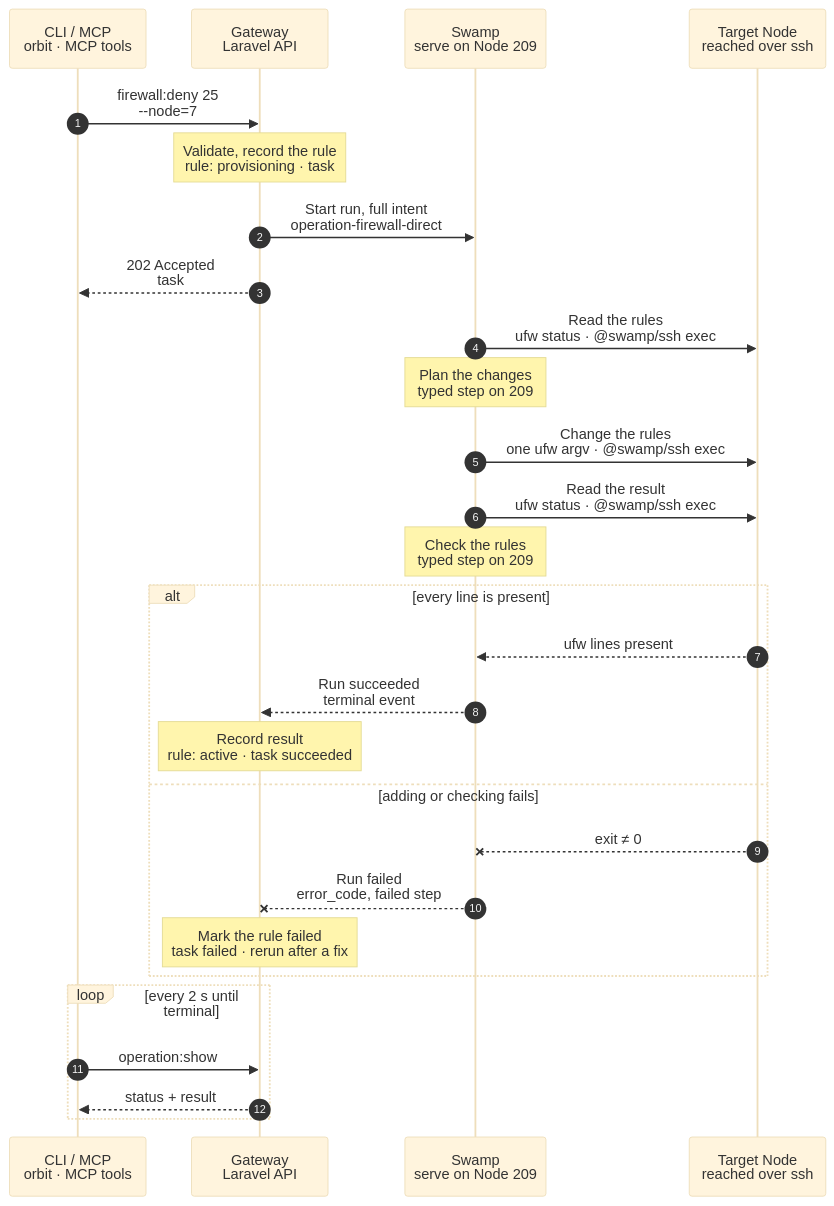
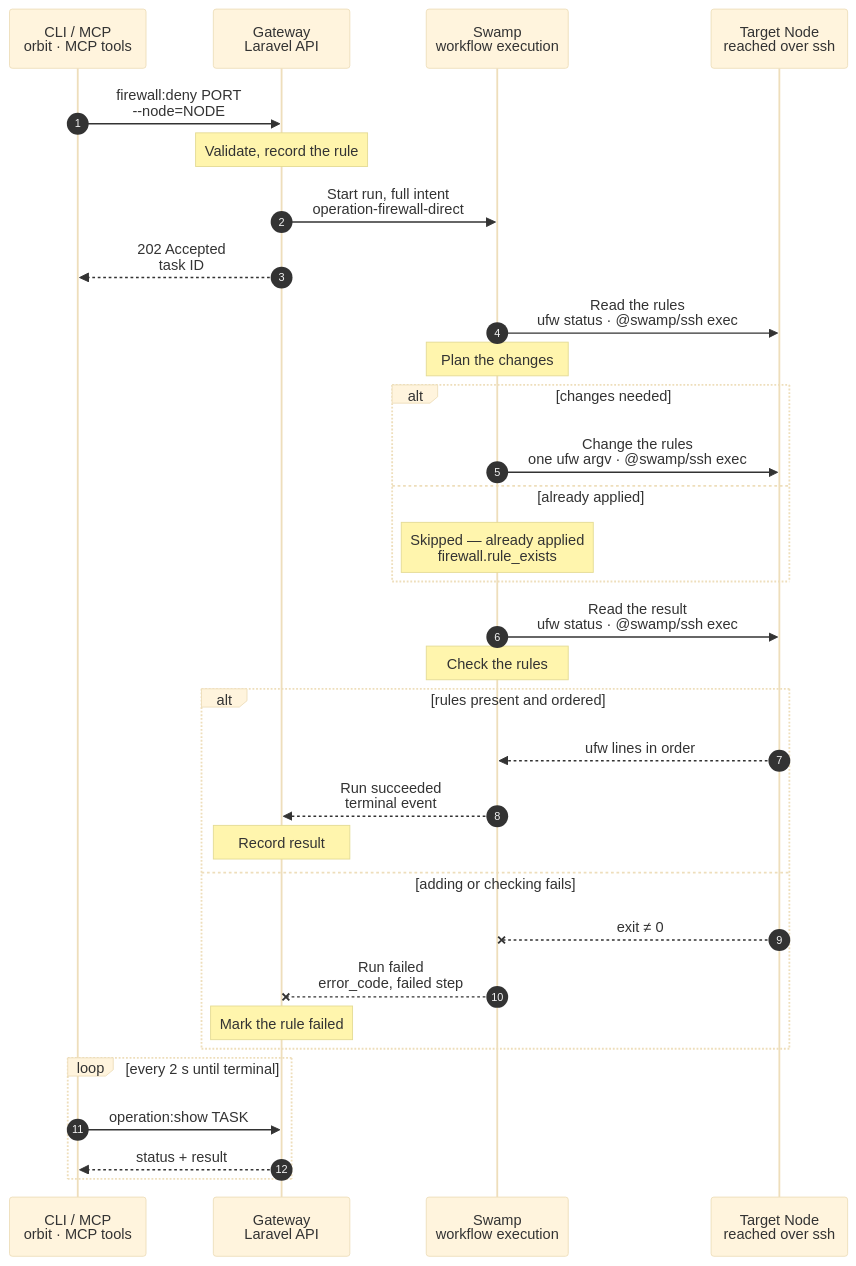
Before and after one commit to hardimpactdev/orbit: the diagram in docs/cli/firewall/deny.mmd, drawn with Mermaid (base theme). The commit also changed 3 other files, not shown here.

First line of the commit message:
docs(firewall): firewall:deny is ready (chart, page, cases)

```diff
--- a/docs/cli/firewall/deny.mmd
+++ b/docs/cli/firewall/deny.mmd
@@ -1,117 +1,126 @@
 sequenceDiagram
   %% Target design: ADR 0244 task, ADR 0241 allowlists, DECISIONS R1-R4 + 5 (process.stop shape, shared SSH identity).
   %% Tightened: flow-tighten 2026-11-03, rule 22 (no script: one ufw argv per change over @swamp/ssh exec; a typed step plans positions, Lab #4334).
   %% status: reviewed
   %% command: firewall:deny
   %% kind: firewall.deny
   autonumber
   %% lane CLI icon=terminal pill=caller tone=gray
   %% lane GW icon=gateway pill=intent tone=blue
   %% lane SW icon=workflow pill=executes tone=green
   %% lane N icon=server pill=target tone=amber
   participant CLI as CLI / MCP<br/>orbit · MCP tools
   participant GW as Gateway<br/>Laravel API
-  participant SW as Swamp<br/>serve on Node 209
+  participant SW as Swamp<br/>workflow execution
   participant N as Target Node<br/>reached over ssh
-  CLI->>GW: firewall:deny 25<br/>--node=7
+  CLI->>GW: firewall:deny PORT<br/>--node=NODE
   %%> Command:
-  %%> - `orbit firewall:deny 25 --node=7`
+  %%> - `orbit firewall:deny PORT --node=NODE`
   %%> - syntax: `<port> --node=ID [--from=SOURCE] [--protocol=tcp|udp] [--label=TEXT]`
   %%> Input:
-  %%> - the port as the argument: a number such as `25`, or a range such as `8000:8100`
+  %%> - the destination port or port range
   %%> - the Node, and optionally the source address and the protocol
-  %%> - optionally a label or short description, for example `smtp`
+  %%> - optionally a label or short description
   %%> Not accepted:
   %%> - service names such as `smtp` as the port
   %%> Who can call it:
   %%> - the `orbit` CLI and the MCP tool send the same request
-  Note over GW: Validate, record the rule<br/>rule: provisioning · task #5132
+  Note over GW: Validate, record the rule
   %%> Requirements:
-  %%> - your Node has an access grant to Node 7
-  %%> - Node 7 is an active Linux Node
+  %%> - the calling Node has an access grant to the target Node
+  %%> - the target is an active Linux Node
   %%> - the port and source are valid
-  %%> - Node 7 has no rule yet for the same port, protocol and source
+  %%> - the port or range includes no protected port: SSH 22, the recovery SSH port, the WireGuard port or a port one of the target's roles needs (`firewall.protected_port`), so a deny can never cut the Node off
   %%> - no opposite rule for the same port, protocol and source; an allow and a deny for exactly the same scope is refused (`firewall.rule_conflict`)
+  %%> - no other firewall change runs on the target; the Gateway holds one lock per Node
   %%> Allowed:
-  %%> - overlapping rules with a different scope, for example deny `5432` from anywhere plus allow `5432` from one IP
-  %%> - the port is not protected: SSH (22 and the recovery port), the WireGuard port, and the ports Orbit's own roles need can't be denied, so you can't cut a Node off
-  %%> - no allow rule on Node 7 uses the same port, protocol and source
-  %%> - no other firewall change runs on Node 7; the Gateway holds one lock per Node
+  %%> - repeat an active or failed deny rule: reuse its record and check the Node in a new task
+  %%> - overlapping rules with a different scope, such as a broad allow with a deny for one source
   %%> Result:
-  %%> - the rule for port 25 recorded with status provisioning
-  %%> - task #5132 recorded with the full intent
+  %%> - the new or reused rule is recorded with status provisioning
+  %%> - a task is recorded with the full intent
   %%> - nothing has happened on the Node yet
   GW->>SW: Start run, full intent<br/>operation-firewall-direct
   %%> What it does:
-  %%> - starts one Swamp run on serve (Node 209)
+  %%> - starts one Swamp run
   %%> Inputs:
   %%> - the rule as exact ufw lines: port, protocol, source, direction
-  %%> - Node 7's address and SSH host keys; the SSH identity comes from the `swamp` role
-  GW-->>CLI: 202 Accepted<br/>task #5132
+  %%> - the target's address and SSH host keys; the SSH identity comes from the `swamp` role
+  GW-->>CLI: 202 Accepted<br/>task ID
   %%> What you get:
-  %%> - the task number, at once
+  %%> - the task ID, at once
   %%> Next:
   %%> - the CLI follows the task with `operation:show`
   SW->>N: Read the rules<br/>ufw status · @swamp/ssh exec
   %%> How:
-  %%> - Swamp reaches Node 7 over SSH from 209 with the official `@swamp/ssh` behavior
+  %%> - a Swamp worker reaches the target over SSH with the official `@swamp/ssh` behavior
   %%> - refuses an inactive firewall (`firewall.backend_inactive`) before any change
-  Note over SW: Plan the changes<br/>typed step on 209
+  Note over SW: Plan the changes
   %%> What it does:
   %%> - turns ufw's numbered rows into the ufw commands this rule needs, in order
   %%> - an insert position counts the rows as they will be after the earlier commands
+  %%> - plans no changes when every expected line already exists in the correct position
   %%> Order:
   %%> - narrower rules go above broader ones, allow or deny, so an exception such as one IP wins over a rule for anywhere
   %%> - ufw stops at the first match, so Orbit sets this order on every change
   %%> - all operator rules sit above Orbit's own broad rules, such as WireGuard peer trust, so a deny on a port also applies to WireGuard peers
   %%> Why typed, not cfgmgmt:
   %%> - `@swamp/cfgmgmt/firewall` cannot insert at a position (Lab #4334) or name a port range
-  SW->>N: Change the rules<br/>one ufw argv · @swamp/ssh exec
-  %%> What it does:
-  %%> - adds one ufw deny line per port, protocol and family, commented with its label
-  %%> - inserts each line at the position the plan names; an existing identical, well-placed line is left as it is
-  %%> - moves a line that sits in the wrong place: deletes it, then inserts it again
-  %%> - runs the planned commands one at a time; nothing is copied to the Node
+  alt changes needed
+    SW->>N: Change the rules<br/>one ufw argv · @swamp/ssh exec
+    %%> What it does:
+    %%> - adds one ufw deny line per port, protocol and family, commented with its label
+    %%> - inserts each line at the position the plan names; an existing identical, well-placed line is left as it is
+    %%> - moves a line that sits in the wrong place: deletes it, then inserts it again
+    %%> - runs the planned commands one at a time; nothing is copied to the Node
+  else already applied
+    Note over SW: Skipped — already applied<br/>firewall.rule_exists
+    %%> Result:
+    %%> - the plan contains no changes
+    %%> - the final read and check still run before the task can succeed
+  end
   SW->>N: Read the result<br/>ufw status · @swamp/ssh exec
-  Note over SW: Check the rules<br/>typed step on 209
+  Note over SW: Check the rules
   %%> What it does:
   %%> - checks every expected line is present, in narrow-first order
   %%> - prints the public result; a line that ufw changed in between fails the check, and a rerun repairs it
   %%> Why:
   %%> - the rule only counts as active when ufw shows it
-  alt every line is present
-    N-->>SW: ufw lines present
+  alt rules present and ordered
+    N-->>SW: ufw lines in order
     %%> Returns:
-    %%> - the check passed for every line
+    %%> - the check passed for every line and its narrow-first order
     SW-->>GW: Run succeeded<br/>terminal event
     %%> How the Gateway learns it:
     %%> - its shared run reader sees the terminal event; Swamp never calls the Gateway
-    Note over GW: Record result<br/>rule: active · task succeeded
+    Note over GW: Record result
     %%> Result:
-    %%> - the rule for port 25 becomes active
-    %%> - task #5132 succeeds
+    %%> - the rule becomes active
+    %%> - the task succeeds
+    %%> - if no changes were needed, reports `Skipped — already applied (firewall.rule_exists)`
+    %%> - the skip reason is part of the successful result in human and machine output, not an error
   else adding or checking fails
     N--xSW: exit ≠ 0
     %%> When:
     %%> - ufw refuses the line, SSH fails, or a line is missing after the add
     SW--xGW: Run failed<br/>error_code, failed step
     %%> The Gateway reads:
     %%> - which step failed and its error code
-    Note over GW: Mark the rule failed<br/>task failed · rerun after a fix
+    Note over GW: Mark the rule failed
     %%> Result:
-    %%> - the rule for port 25 is marked failed, so you can see it
-    %%> - task #5132 fails
+    %%> - the rule is marked failed, so you can see it
+    %%> - the task fails
     %%> On the Node:
     %%> - lines added before the failure stay; there is no rollback
     %%> - that is safe: the rule is marked failed, and a rerun skips lines that already exist
     %%> Retry:
     %%> - run the same command again after fixing the cause; it is a new task
   end
   loop every 2 s until terminal
-    CLI->>GW: operation:show #5132
+    CLI->>GW: operation:show TASK
     %%> What it does:
     %%> - asks for the task's status every 2 seconds until it has ended
     GW-->>CLI: status + result
     %%> Returns:
     %%> - the current status, and the result once the task has ended
   end
```
